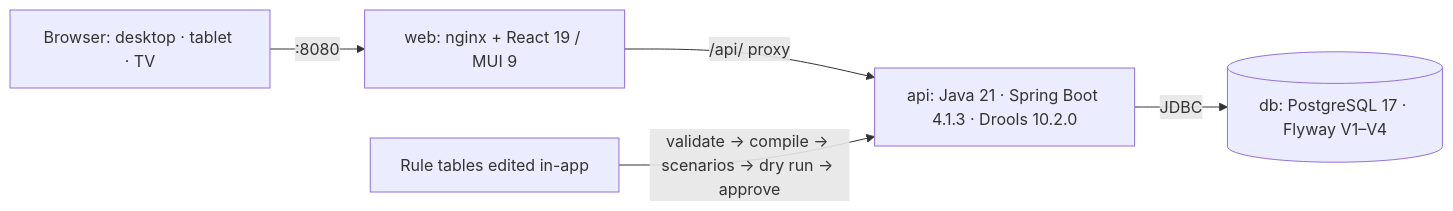
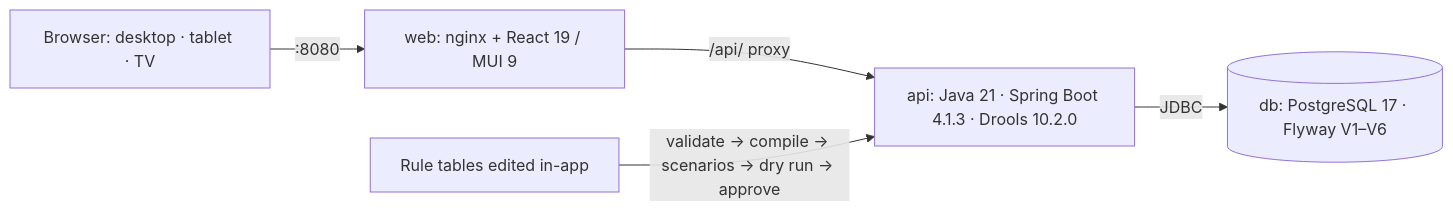
One commit to dmhdev01-cell/ShiftCircle changed the diagram in BUILD_RECORD.md. Above: the diagram before and after it, drawn with Mermaid. The commit also changed other lines of this file and 4 other files, not shown here.

````diff
--- a/BUILD_RECORD.md
+++ b/BUILD_RECORD.md
@@ -7,7 +7,7 @@
 ```mermaid
 flowchart LR
     B[Browser: desktop · tablet · TV] -->|:8080| W[web: nginx + React 19 / MUI 9]
     W -->|/api/ proxy| A[api: Java 21 · Spring Boot 4.1.3 · Drools 10.2.0]
-    A -->|JDBC| D[(db: PostgreSQL 17 · Flyway V1–V4)]
+    A -->|JDBC| D[(db: PostgreSQL 17 · Flyway V1–V6)]
     R[Rule tables edited in-app] -->|validate → compile → scenarios → dry run → approve| A
 ```
````
